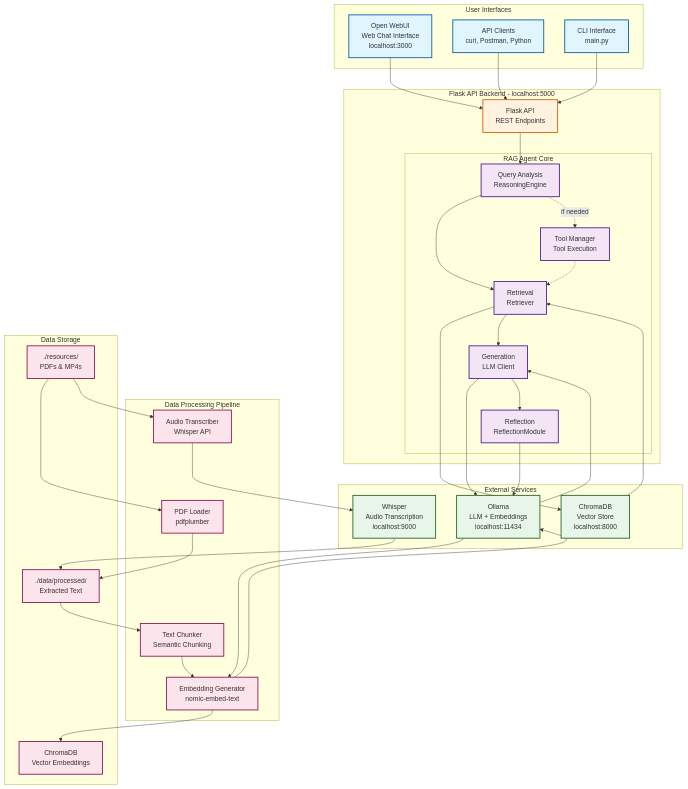
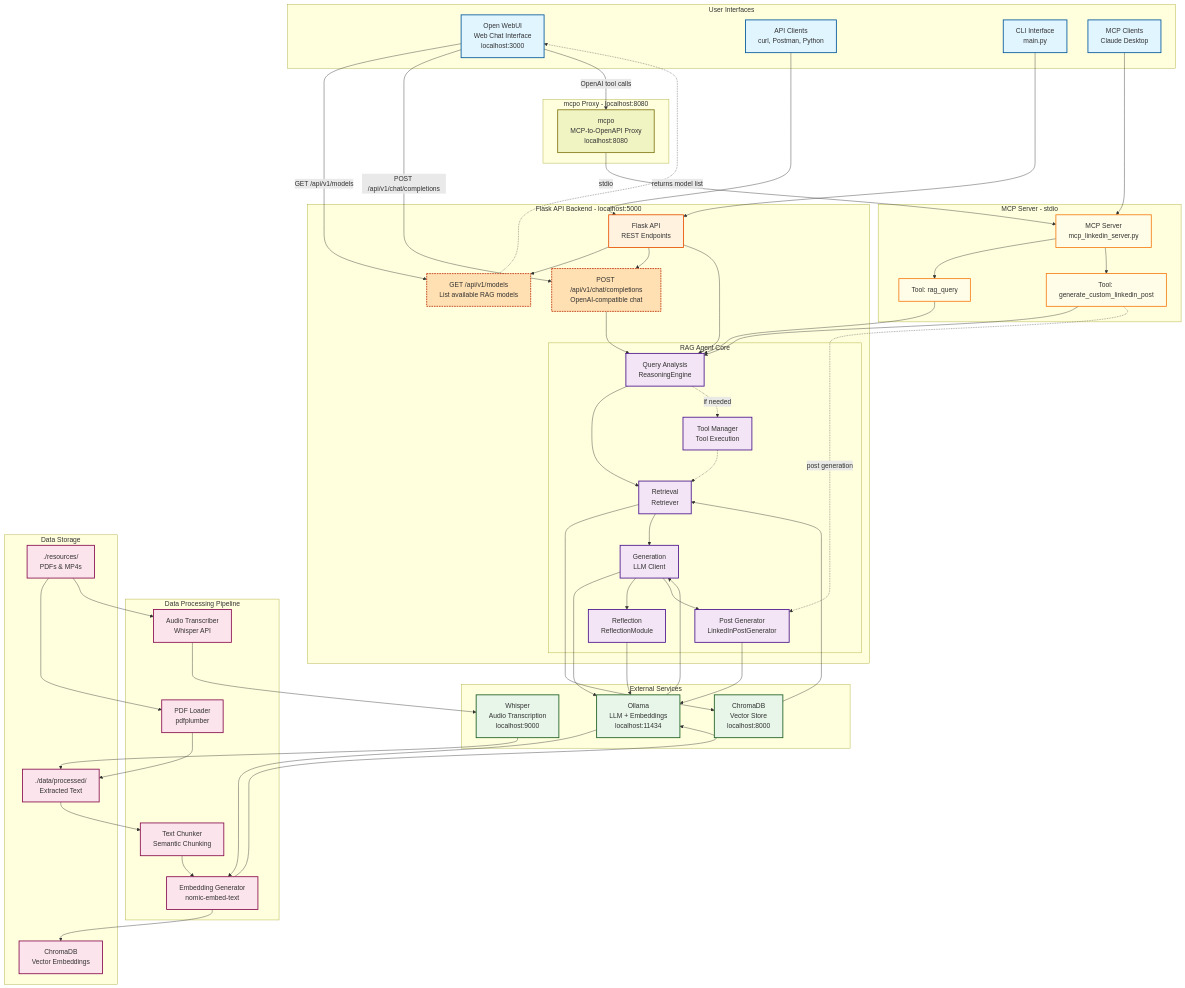
Before and after one commit to YuriiYa/CapstoneProject: the diagram in architecture.mmd, drawn with Mermaid. The commit also changed 6 other files, not shown here.

```diff
--- a/architecture.mmd
+++ b/architecture.mmd
@@ -1,82 +1,129 @@
 graph TB
     subgraph "User Interfaces"
         UI1[Open WebUI<br/>Web Chat Interface<br/>localhost:3000]
         UI2[API Clients<br/>curl, Postman, Python]
         UI3[CLI Interface<br/>main.py]
+        UI4[MCP Clients<br/>Claude Desktop]
     end
 
     subgraph "Flask API Backend - localhost:5000"
         API[Flask API<br/>REST Endpoints]
-        
+        V1M[GET /api/v1/models<br/>List available RAG models]
+        V1C[POST /api/v1/chat/completions<br/>OpenAI-compatible chat]
+        API --> V1M
+        API --> V1C
+
         subgraph "RAG Agent Core"
             QA[Query Analysis<br/>ReasoningEngine]
             RET[Retrieval<br/>Retriever]
             GEN[Generation<br/>LLM Client]
             REF[Reflection<br/>ReflectionModule]
             TOOL[Tool Manager<br/>Tool Execution]
+            POST[Post Generator<br/>LinkedInPostGenerator]
         end
+    end
+
+    subgraph "MCP Server - stdio"
+        MCP[MCP Server<br/>mcp_linkedin_server.py]
+        MCP_T1[Tool: rag_query]
+        MCP_T2[Tool: generate_custom_linkedin_post]
+        MCP --> MCP_T1
+        MCP --> MCP_T2
+    end
+
+    subgraph "mcpo Proxy - localhost:8080"
+        MCPO[mcpo<br/>MCP-to-OpenAPI Proxy<br/>localhost:8080]
     end
 
     subgraph "External Services"
         OLLAMA[Ollama<br/>LLM + Embeddings<br/>localhost:11434]
         WHISPER[Whisper<br/>Audio Transcription<br/>localhost:9000]
         CHROMA[ChromaDB<br/>Vector Store<br/>localhost:8000]
     end
 
     subgraph "Data Processing Pipeline"
         PDF[PDF Loader<br/>pdfplumber]
         AUDIO[Audio Transcriber<br/>Whisper API]
         CHUNK[Text Chunker<br/>Semantic Chunking]
         EMB[Embedding Generator<br/>nomic-embed-text]
     end
 
     subgraph "Data Storage"
         RAW[./resources/<br/>PDFs & MP4s]
         PROC[./data/processed/<br/>Extracted Text]
         VEC[ChromaDB<br/>Vector Embeddings]
     end
 
-    %% User flow
-    UI1 --> API
+    %% Open WebUI → Flask (OpenAI-compatible chat & model list)
+    UI1 -->|GET /api/v1/models| V1M
+    UI1 -->|POST /api/v1/chat/completions| V1C
+
+    %% Open WebUI → mcpo (MCP tool calls during chat)
+    UI1 -->|OpenAI tool calls| MCPO
+
+    %% Other clients → Flask
     UI2 --> API
     UI3 --> API
+
+    %% MCP Clients → MCP Server directly
+    UI4 --> MCP
+
+    %% mcpo bridges to MCP Server over stdio
+    MCPO -->|stdio| MCP
+
+    %% Flask v1 endpoints into RAG Agent
+    V1C --> QA
+    V1M -.->|returns model list| UI1
+
+    %% MCP Server uses same RAG Agent internals
+    MCP_T1 --> QA
+    MCP_T2 --> QA
+    MCP_T2 -.->|post generation| POST
 
     %% RAG Agent flow
     API --> QA
     QA --> RET
     RET --> CHROMA
     CHROMA --> RET
     RET --> GEN
     GEN --> OLLAMA
     OLLAMA --> GEN
     GEN --> REF
     REF --> OLLAMA
-    
+    GEN --> POST
+    POST --> OLLAMA
+
     %% Tool execution
     QA -.->|if needed| TOOL
     TOOL -.-> RET
 
     %% Data processing flow
     RAW --> PDF
     RAW --> AUDIO
     PDF --> PROC
     AUDIO --> WHISPER
     WHISPER --> PROC
     PROC --> CHUNK
     CHUNK --> EMB
     EMB --> OLLAMA
     OLLAMA --> EMB
     EMB --> VEC
 
     %% Styling
     classDef userInterface fill:#e1f5ff,stroke:#01579b,stroke-width:2px
     classDef apiLayer fill:#fff3e0,stroke:#e65100,stroke-width:2px
+    classDef v1Layer fill:#ffe0b2,stroke:#bf360c,stroke-width:2px,stroke-dasharray:4 2
     classDef agentCore fill:#f3e5f5,stroke:#4a148c,stroke-width:2px
     classDef services fill:#e8f5e9,stroke:#1b5e20,stroke-width:2px
     classDef data fill:#fce4ec,stroke:#880e4f,stroke-width:2px
-    
-    class UI1,UI2,UI3 userInterface
+    classDef mcpLayer fill:#fffde7,stroke:#f57f17,stroke-width:2px
+    classDef mcpoLayer fill:#f0f4c3,stroke:#827717,stroke-width:2px
+
+    class UI1,UI2,UI3,UI4 userInterface
     class API apiLayer
-    class QA,RET,GEN,REF,TOOL agentCore
+    class V1M,V1C v1Layer
+    class QA,RET,GEN,REF,TOOL,POST agentCore
     class OLLAMA,WHISPER,CHROMA services
     class RAW,PROC,VEC,PDF,AUDIO,CHUNK,EMB data
+    class MCP,MCP_T1,MCP_T2 mcpLayer
+    class MCPO mcpoLayer
```
